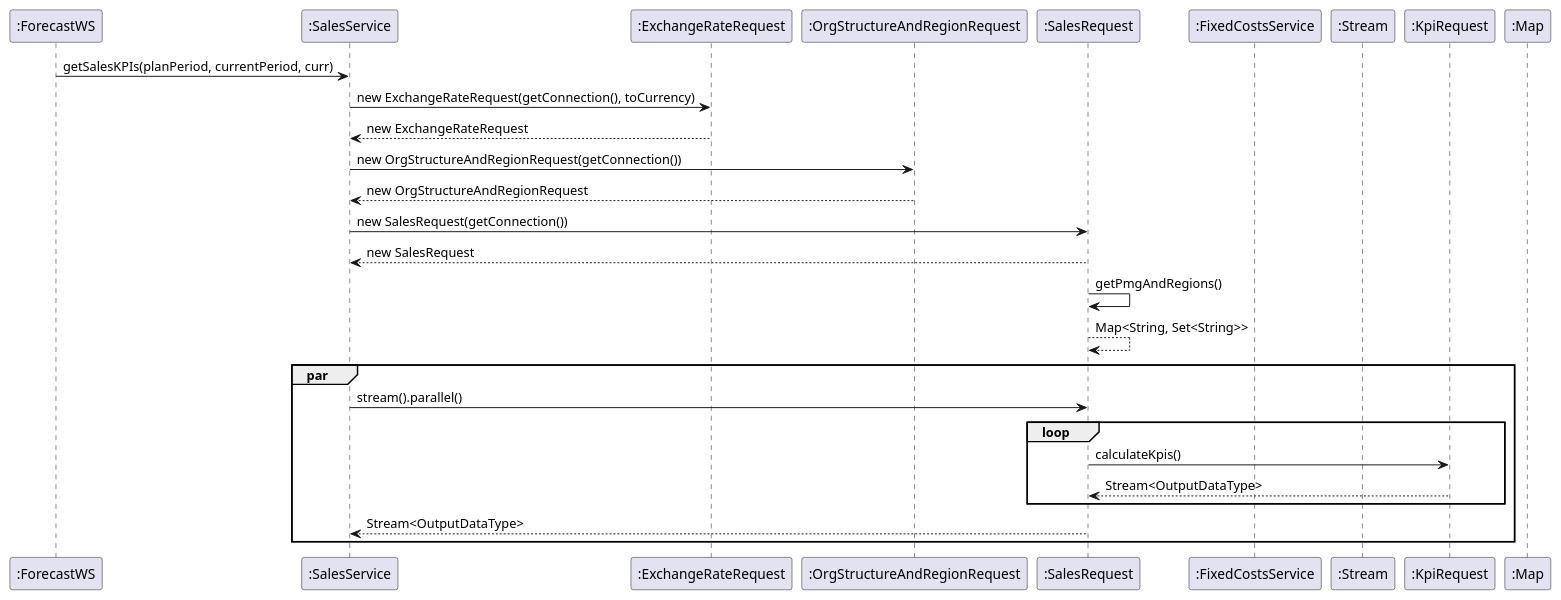
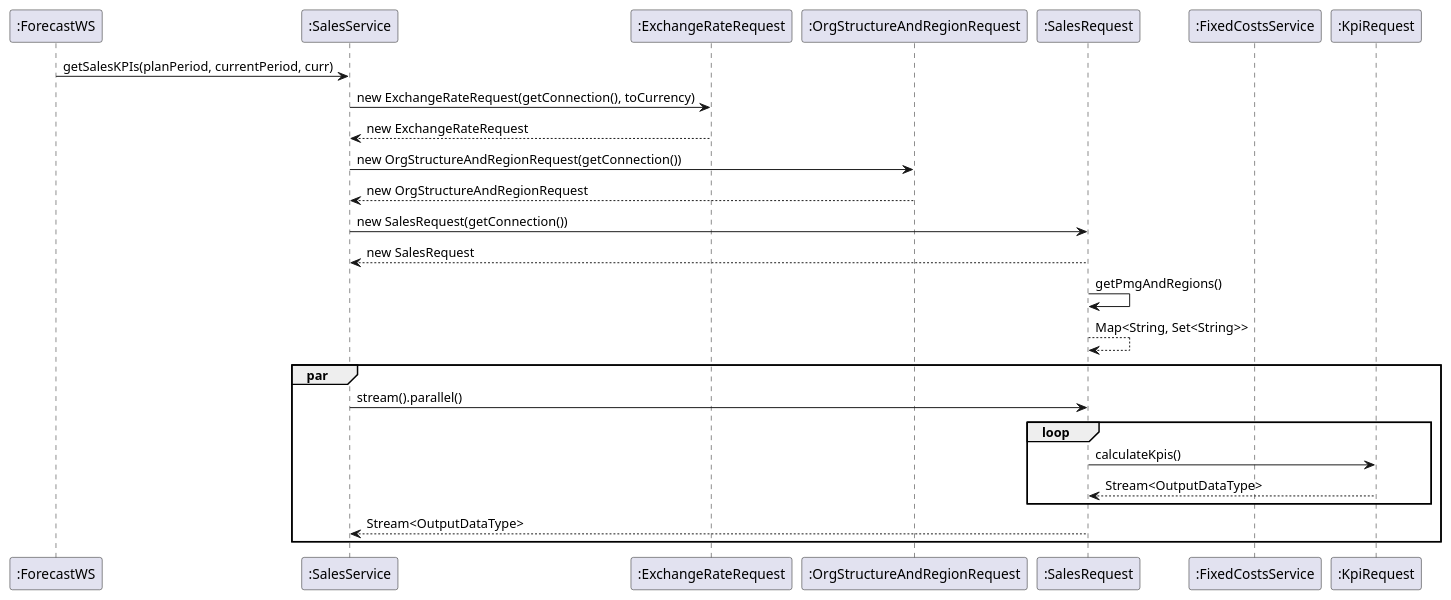
The diagram in diagrams/sequence/sequence_parallel_streams.puml (wagnst/forecast-cassandra), drawn with PlantUML before and after one commit.

Commit message:
updated sequence diagramm

```diff
--- a/diagrams/sequence/sequence_parallel_streams.puml
+++ b/diagrams/sequence/sequence_parallel_streams.puml
@@ -1,40 +1,38 @@
 @startuml
 
 
 participant  ":ForecastWS"
 participant  ":SalesService"
 participant  ":ExchangeRateRequest"
 participant  ":OrgStructureAndRegionRequest"
 participant  ":SalesRequest"
 participant  ":FixedCostsService"
-participant  ":Stream"
 participant  ":KpiRequest"
-participant  ":Map"
 
 ":ForecastWS" -> ":SalesService" : getSalesKPIs(planPeriod, currentPeriod, curr)
 ":SalesService" -> ":ExchangeRateRequest" : new ExchangeRateRequest(getConnection(), toCurrency)
 ":ExchangeRateRequest" --> ":SalesService" : new ExchangeRateRequest
 ":SalesService" ->  ":OrgStructureAndRegionRequest" : new OrgStructureAndRegionRequest(getConnection())
 ":OrgStructureAndRegionRequest" --> ":SalesService" : new OrgStructureAndRegionRequest
 ":SalesService" ->  ":SalesRequest" : new SalesRequest(getConnection())
 ":SalesRequest" --> ":SalesService" : new SalesRequest
 ":SalesRequest" -> ":SalesRequest" : getPmgAndRegions()
 ":SalesRequest" --> ":SalesRequest" : Map<String, Set<String>>
 par
     ":SalesService" -> ":SalesRequest": stream().parallel()
     loop
         ":SalesRequest" -> ":KpiRequest" : calculateKpis()
         ":KpiRequest"  --> ":SalesRequest" : Stream<OutputDataType>
     end
     ":SalesRequest" --> ":SalesService" : Stream<OutputDataType>
 end
 
 
 
 
 
 
 
 
 
 @enduml
```
